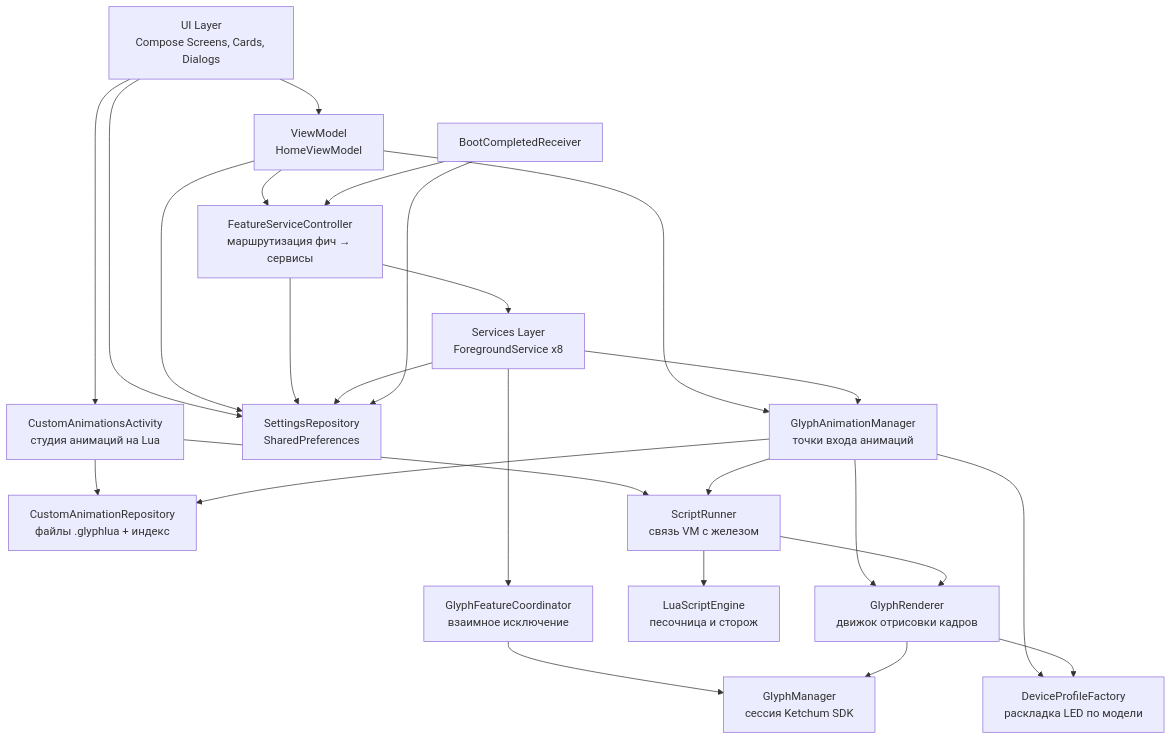
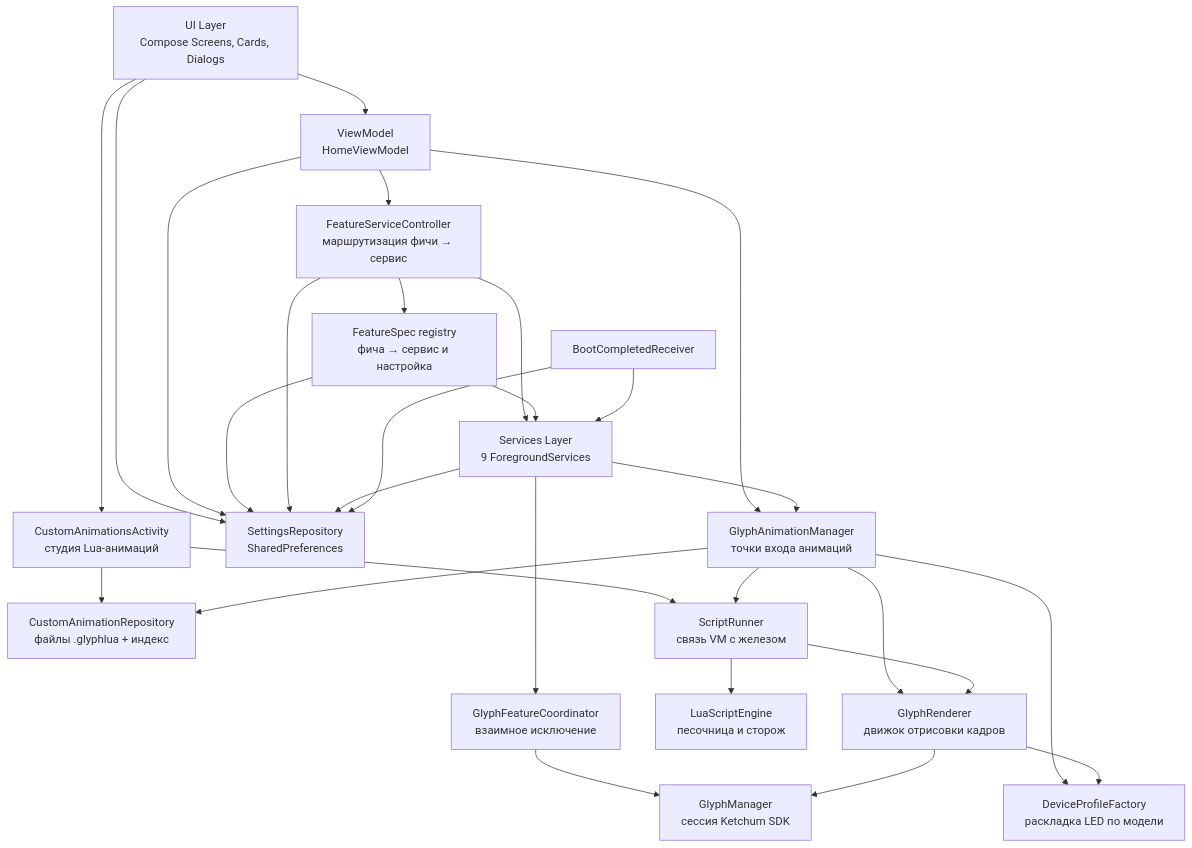
Before and after one commit to hardWorker254/Glyph-Sharge-fork: the diagram in docs/DOCUMENTATION_RU.md, drawn with Mermaid. The commit also changed other lines of this file and 98 other files, not shown here.

````diff
--- a/docs/DOCUMENTATION_RU.md
+++ b/docs/DOCUMENTATION_RU.md
@@ -123,43 +123,47 @@
 ```mermaid
 graph TD
     UI["UI Layer<br/>Compose Screens, Cards, Dialogs"]
-    STUDIO["CustomAnimationsActivity<br/>студия анимаций на Lua"]
+    STUDIO["CustomAnimationsActivity<br/>студия Lua-анимаций"]
     VM["ViewModel<br/>HomeViewModel"]
-    SVC["Services Layer<br/>ForegroundService x8"]
-    CTRL["FeatureServiceController<br/>маршрутизация фич → сервисы"]
+    SVC["Services Layer<br/>9 ForegroundServices"]
+    CTRL["FeatureServiceController<br/>маршрутизация фичи → сервис"]
+    SPEC["FeatureSpec registry<br/>фича → сервис и настройка"]
     REPO["SettingsRepository<br/>SharedPreferences"]
     CREPO["CustomAnimationRepository<br/>файлы .glyphlua + индекс"]
     COORD["GlyphFeatureCoordinator<br/>взаимное исключение"]
     GM["GlyphManager<br/>сессия Ketchum SDK"]
     ANIM["GlyphAnimationManager<br/>точки входа анимаций"]
     SRUN["ScriptRunner<br/>связь VM с железом"]
     LUA["LuaScriptEngine<br/>песочница и сторож"]
     REND["GlyphRenderer<br/>движок отрисовки кадров"]
     PROF["DeviceProfileFactory<br/>раскладка LED по модели"]
     BOOT["BootCompletedReceiver"]
 
     UI --> VM
     UI --> REPO
     UI --> STUDIO
     STUDIO --> CREPO
     STUDIO --> SRUN
     VM --> CTRL
     VM --> REPO
     VM --> ANIM
     CTRL --> SVC
+    CTRL --> SPEC
+    SPEC --> SVC
+    SPEC --> REPO
     CTRL --> REPO
     SVC --> REPO
     SVC --> COORD
     SVC --> ANIM
     COORD --> GM
     ANIM --> REND
     ANIM --> PROF
     ANIM --> CREPO
     ANIM --> SRUN
     SRUN --> LUA
     SRUN --> REND
     REND --> GM
     REND --> PROF
-    BOOT --> CTRL
+    BOOT --> SVC
     BOOT --> REPO
 ```
````
